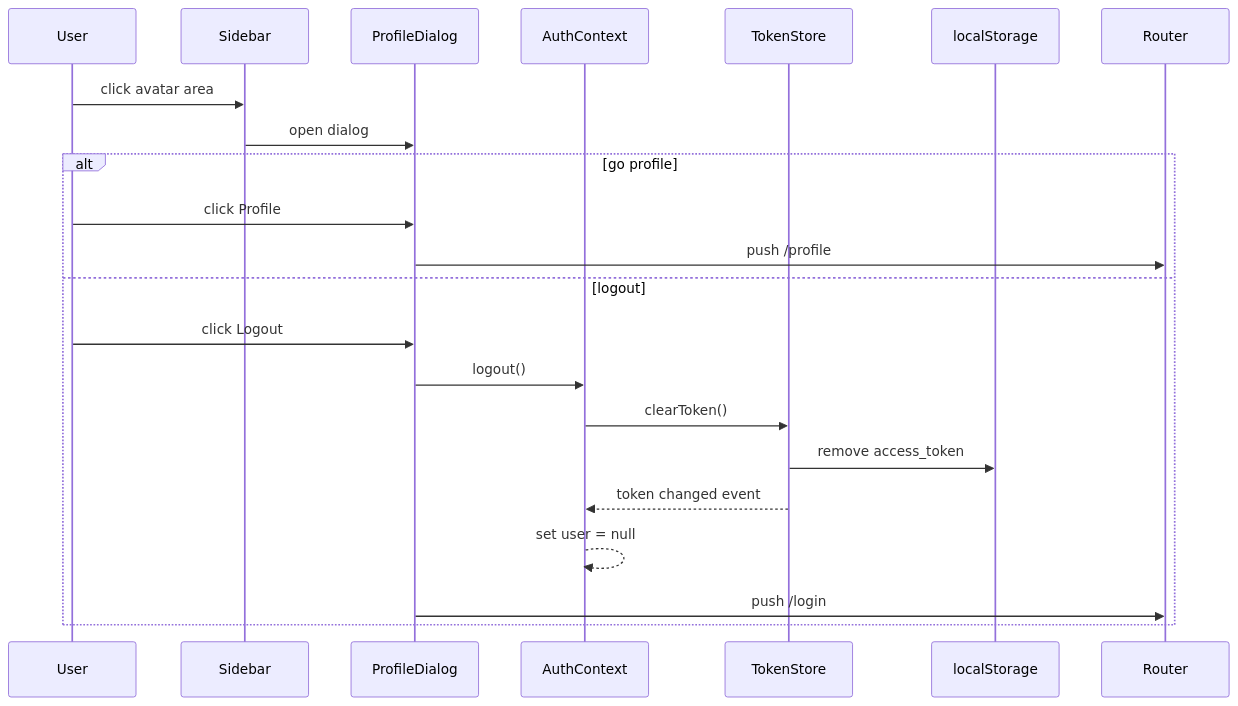
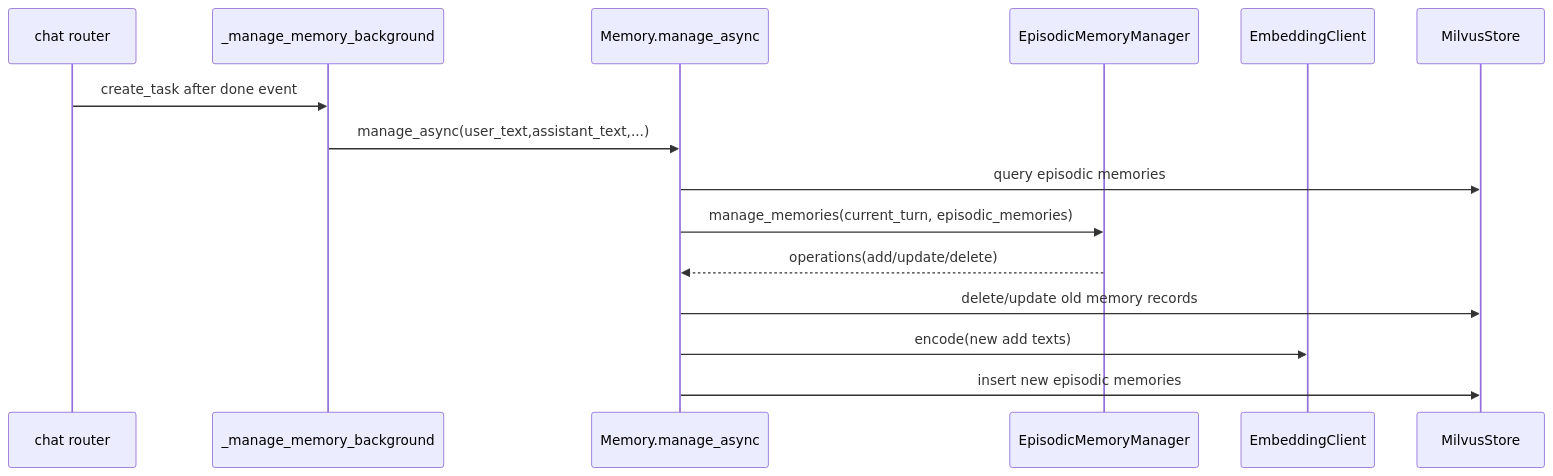
The tenth of 13 diagrams in .agent/project.md (ChasePassion/role-playing), drawn with Mermaid before and after one commit. The commit also changed other lines of this file, not shown here.

````diff
--- a/.agent/project.md
+++ b/.agent/project.md
@@ -465,25 +531,19 @@
 ```mermaid
 sequenceDiagram
-    participant U as User
-    participant SB as Sidebar
-    participant PD as ProfileDialog
-    participant AC as AuthContext
-    participant TS as TokenStore
-    participant LS as localStorage
-    participant RT as Router
+    participant CHAT as chat router
+    participant BG as _manage_memory_background
+    participant MEM as Memory.manage_async
+    participant EPI as EpisodicMemoryManager
+    participant EMB as EmbeddingClient
+    participant MIL as MilvusStore
 
-    U->>SB: click avatar area
-    SB->>PD: open dialog
-    alt go profile
-        U->>PD: click Profile
-        PD->>RT: push /profile
-    else logout
-        U->>PD: click Logout
-        PD->>AC: logout()
-        AC->>TS: clearToken()
-        TS->>LS: remove access_token
-        TS-->>AC: token changed event
-        AC-->>AC: set user = null
-        PD->>RT: push /login
-    end
+    CHAT->>BG: create_task after done event
+    BG->>MEM: manage_async(user_text,assistant_text,...)
+    MEM->>MIL: query episodic memories
+    MEM->>EPI: manage_memories(current_turn, episodic_memories)
+    EPI-->>MEM: operations(add/update/delete)
+
+    MEM->>MIL: delete/update old memory records
+    MEM->>EMB: encode(new add texts)
+    MEM->>MIL: insert new episodic memories
 ```
````
